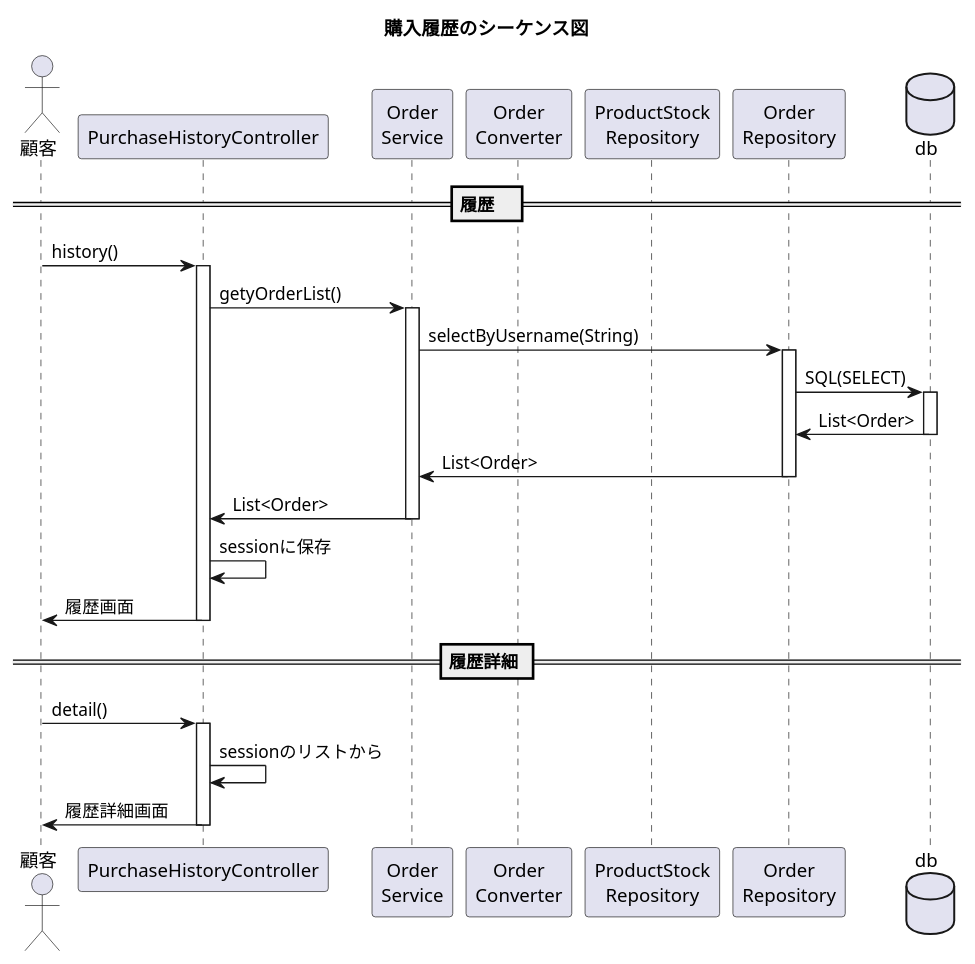
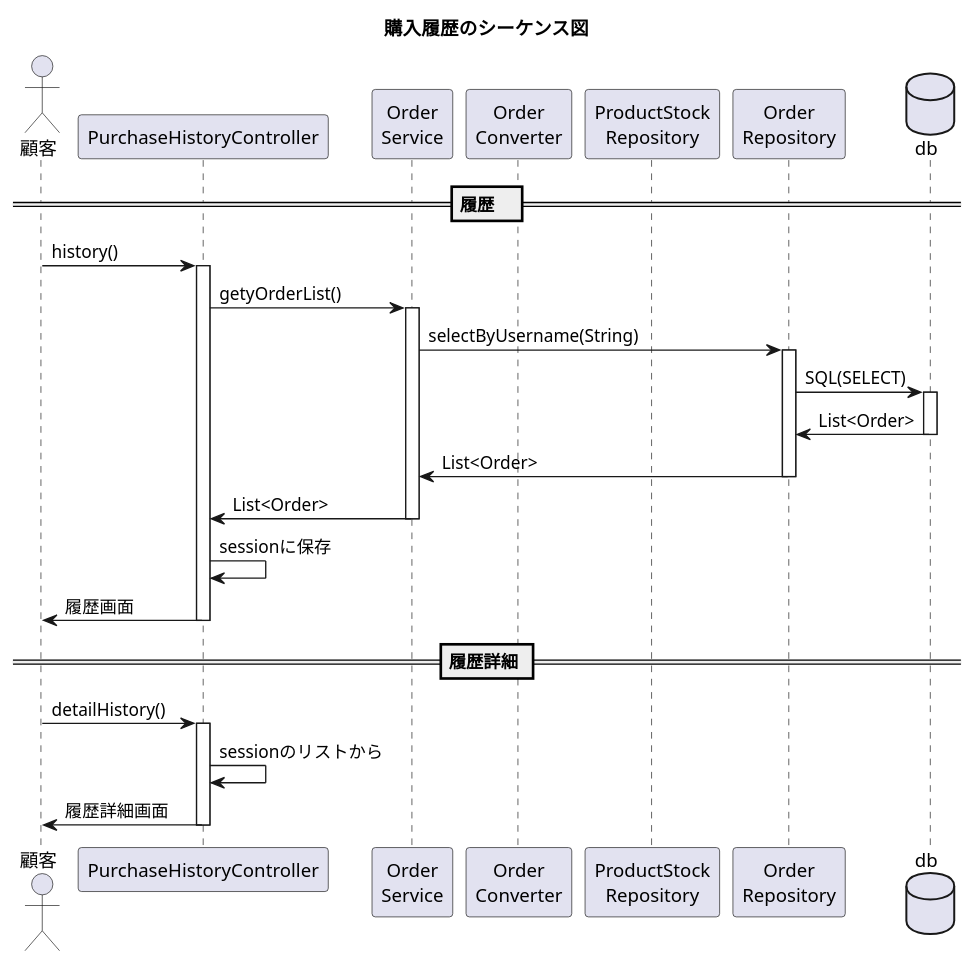
One commit to kanavii3333/ec-b changed the diagram in plan/uml/sequence/2/uc007.plantuml. Above: the diagram before and after it, drawn with PlantUML.

Commit message:
シーケンス図確認　uc007.plantuml

```diff
--- a/plan/uml/sequence/2/uc007.plantuml
+++ b/plan/uml/sequence/2/uc007.plantuml
@@ -1,29 +1,29 @@
 @startuml
 
 title 購入履歴のシーケンス図
 actor "顧客" as user
 participant "PurchaseHistoryController" as controller
 participant "Order\nService" as service
 participant "Order\nConverter" as helper
 participant "ProductStock\nRepository" as repository1
 participant "Order\nRepository" as repository2
 database "db" as db
 
 == 履歴　==
 user -> controller++:history()
 controller -> service++:getyOrderList()
 service -> repository2++:selectByUsername(String)
 repository2 -> db++:SQL(SELECT)
 db -> repository2--:List<Order>
 repository2 -> service--:List<Order>
 service -> controller--:List<Order>
 controller -> controller:sessionに保存
 controller -> user--:履歴画面
 
 == 履歴詳細 ==
-user -> controller++:detail()
+user -> controller++:detailHistory()
 controller -> controller:sessionのリストから
 controller -> user--:履歴詳細画面
 
 
 @enduml
```
